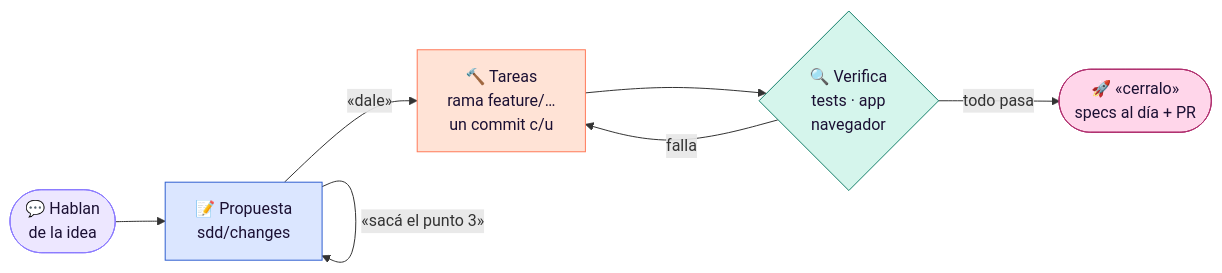
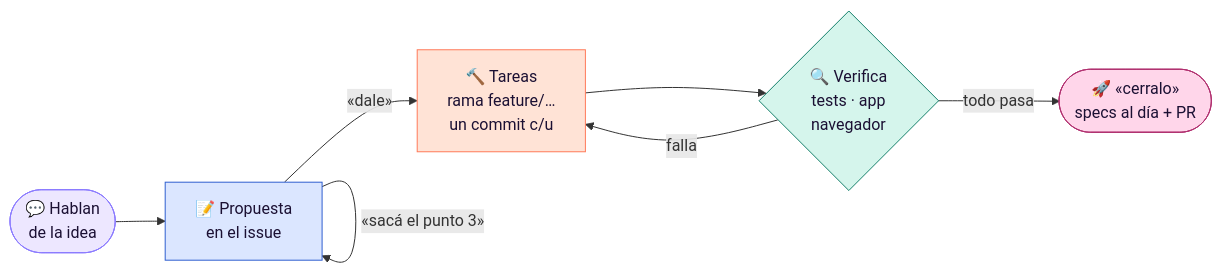
The diagram in README.md (abelcondev/seckert), drawn with Mermaid before and after one commit. The commit also changed other lines of this file and 16 other files, not shown here.

````diff
--- a/README.md
+++ b/README.md
@@ -34,20 +34,20 @@
 ```mermaid
 flowchart LR
-    A(["💬 Hablan<br/>de la idea"]) --> B["📝 Propuesta<br/>sdd/changes"]
+    A(["💬 Hablan<br/>de la idea"]) --> B["📝 Propuesta<br/>en el issue"]
     B -- "«sacá el punto 3»" --> B
     B -- "«dale»" --> C["🔨 Tareas<br/>rama feature/…<br/>un commit c/u"]
     C --> D{"🔍 Verifica<br/>tests · app<br/>navegador"}
     D -- "falla" --> C
     D -- "todo pasa" --> E(["🚀 «cerralo»<br/>specs al día + PR"])
 
     classDef talk fill:#ede7ff,stroke:#8b7bff,color:#1b1033
     classDef doc fill:#dbe6ff,stroke:#2f5fd0,color:#1b1033
     classDef work fill:#ffe3d6,stroke:#ff7a59,color:#1b1033
     classDef check fill:#d5f5ec,stroke:#14806b,color:#1b1033
     classDef ship fill:#ffd6ea,stroke:#b0306f,color:#1b1033
     class A talk
     class B doc
     class C work
     class D check
     class E ship
 ```
````
